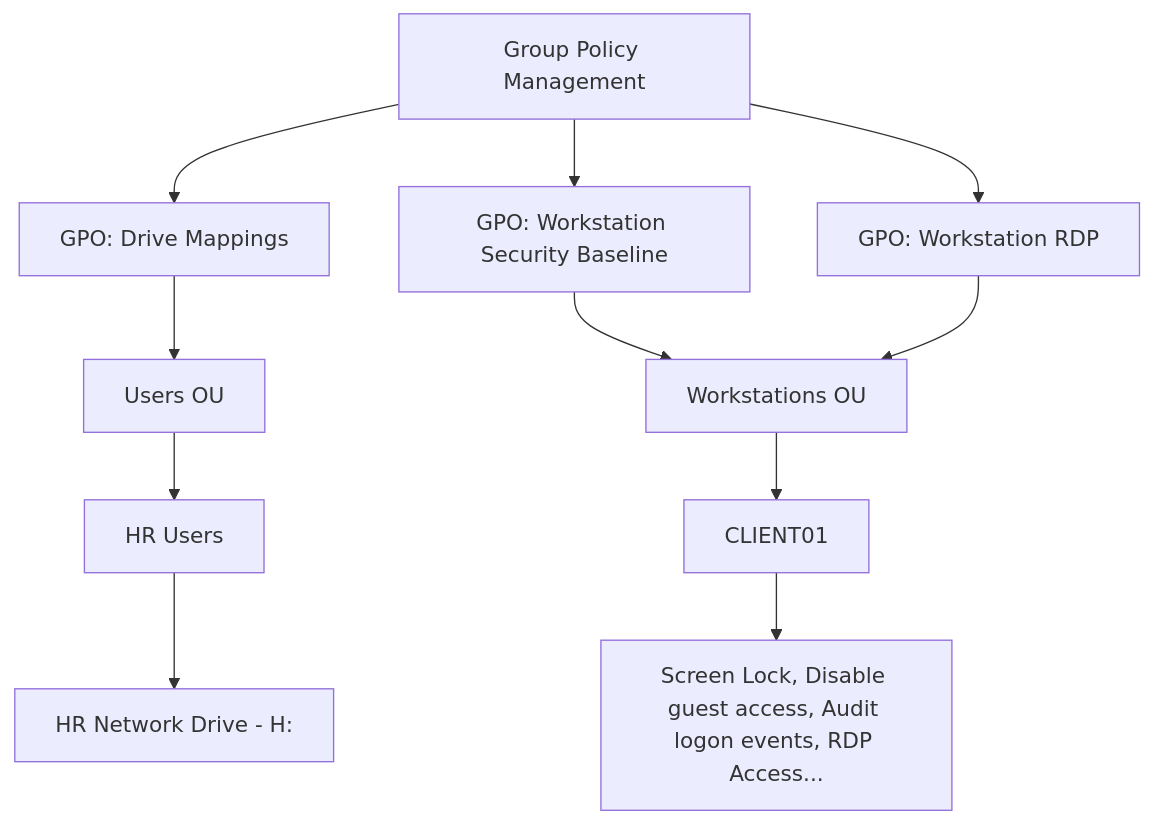
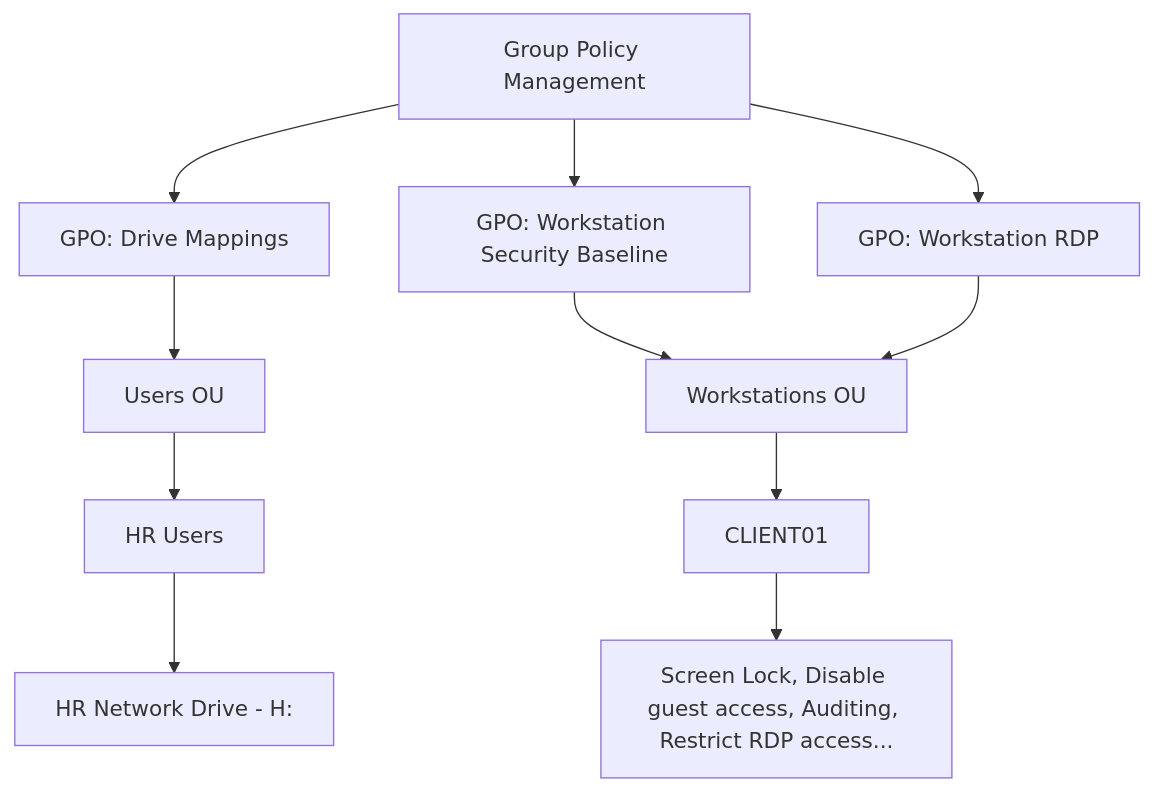
The diagram in docs/group-policy.md (seyisalami/active-directory-enterprise-lab), drawn with Mermaid before and after one commit. The commit also changed other lines of this file and 5 other files, not shown here.

````diff
--- a/docs/group-policy.md
+++ b/docs/group-policy.md
@@ -5,18 +5,18 @@
 ```mermaid
 flowchart TD
     GPMC["Group Policy Management"]
 
     GPMC --> Drives["GPO: Drive Mappings"]
     GPMC --> Security["GPO: Workstation Security Baseline"]
     GPMC --> RDP["GPO: Workstation RDP"]
 
     Drives --> Users["Users OU"]
     Security --> Computers["Workstations OU"]
     RDP --> Computers
 
     Users --> HR["HR Users"]
     Computers --> Client["CLIENT01"]
 
     HR --> Share["HR Network Drive - H:"]
-    Client --> Settings["Screen Lock, Disable guest access, Audit logon events, RDP Access..."]
+    Client --> Settings["Screen Lock, Disable guest access, Auditing, Restrict RDP access..."]
 ```
````
